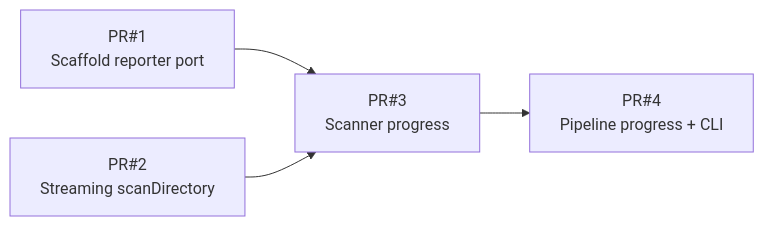
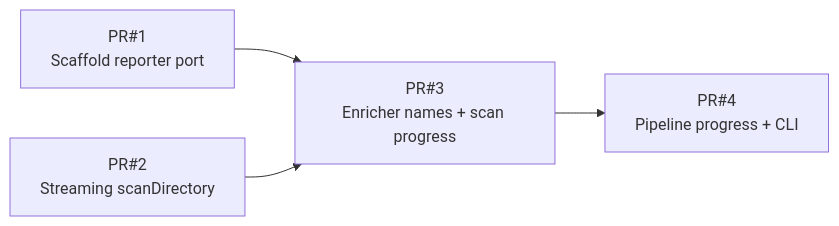
The second of 2 diagrams in design-docs/002-cli-progress-reporting.md (testmex/testmex), drawn with Mermaid before and after one commit. The commit also changed other lines of this file, not shown here.

First line of the commit message:
docs: 📝 rethink scan progress around enricher callbacks

````diff
--- a/design-docs/002-cli-progress-reporting.md
+++ b/design-docs/002-cli-progress-reporting.md
@@ -73,11 +138,11 @@
 ```mermaid
 flowchart LR
   PR1["PR#1<br>Scaffold reporter port"]
   PR2["PR#2<br>Streaming scanDirectory"]
-  PR3["PR#3<br>Scanner progress"]
+  PR3["PR#3<br>Enricher names + scan progress"]
   PR4["PR#4<br>Pipeline progress + CLI"]
 
   PR1 --> PR3
   PR2 --> PR3
   PR3 --> PR4
 ```
````
